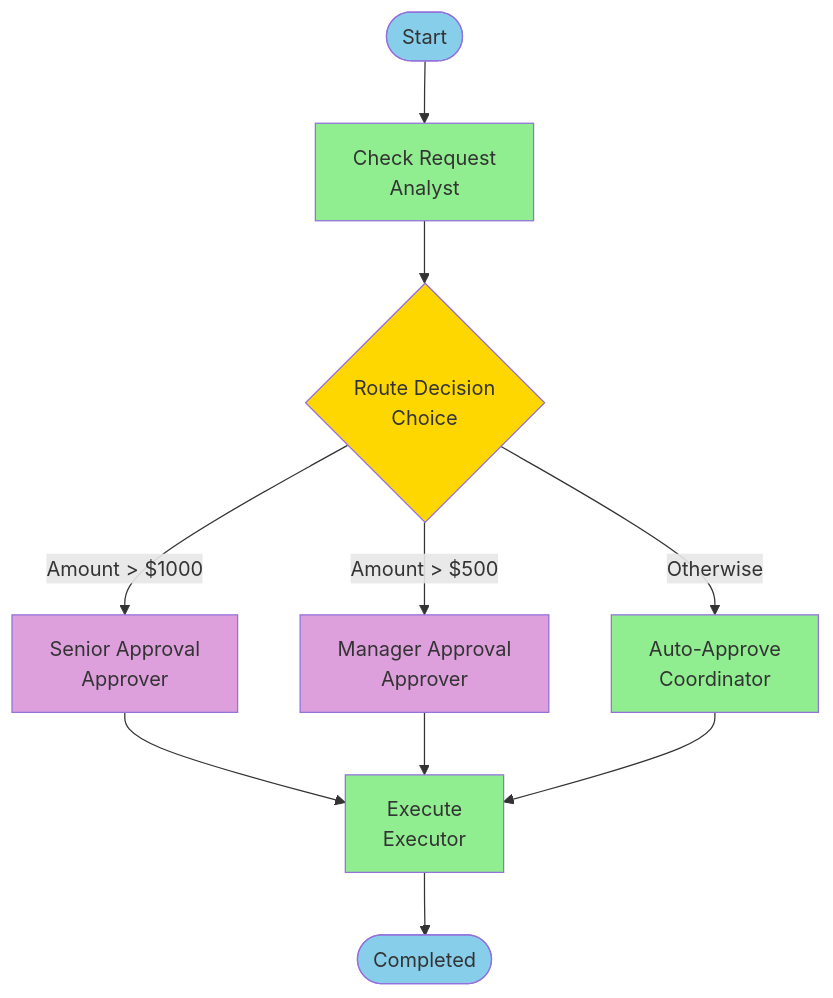
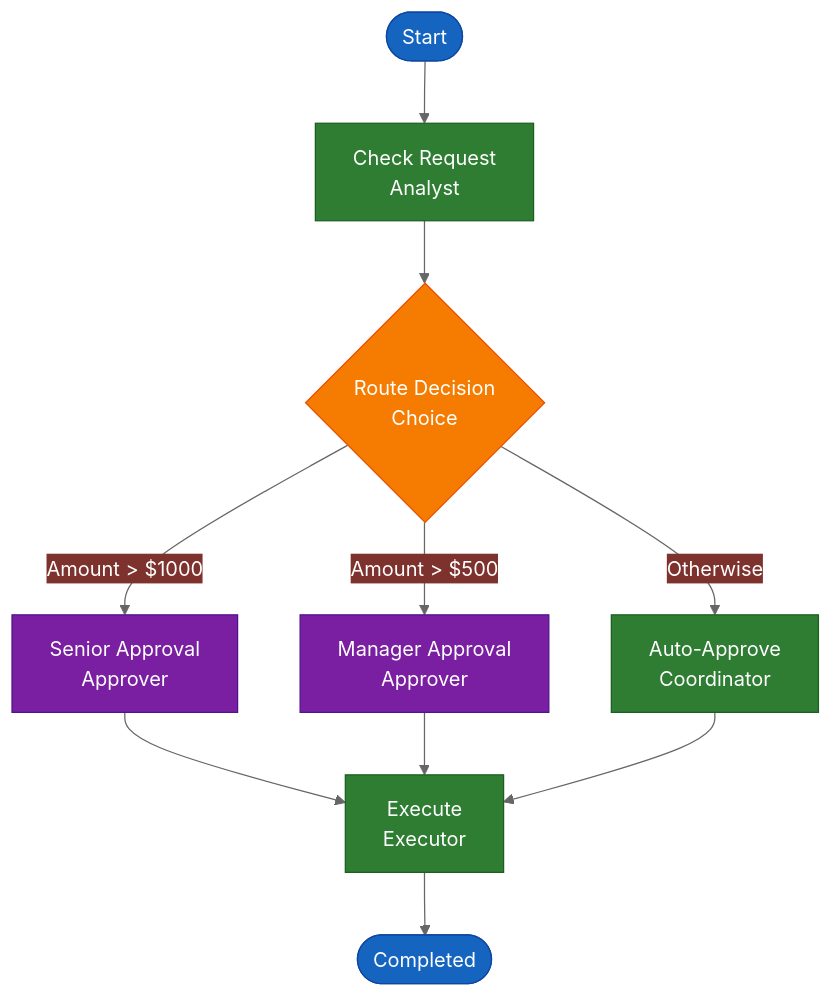
One commit to gcowin/approachable-workflows changed the third of 11 diagrams in docs/reference/visual-patterns.md. Above: the diagram before and after it, drawn with Mermaid. The commit also changed other lines of this file and 1 other file, not shown here.

````diff
--- a/docs/reference/visual-patterns.md
+++ b/docs/reference/visual-patterns.md
@@ -116,21 +118,22 @@
 ```mermaid
+%%{init: {'theme':'base', 'themeVariables': {'primaryColor':'#2E7D32','primaryTextColor':'#fff','lineColor':'#666'}}}%%
 graph TD
     Start([Start]) --> A[Check Request<br/>Analyst]
     A --> B{Route Decision<br/>Choice}
     B -->|Amount > $1000| C[Senior Approval<br/>Approver]
     B -->|Amount > $500| D[Manager Approval<br/>Approver]
     B -->|Otherwise| E[Auto-Approve<br/>Coordinator]
     C --> F[Execute<br/>Executor]
     D --> F
     E --> F
     F --> End([Completed])
     
-    style Start fill:#87CEEB
-    style A fill:#90EE90
-    style B fill:#FFD700
-    style C fill:#DDA0DD
-    style D fill:#DDA0DD
-    style E fill:#90EE90
-    style F fill:#90EE90
-    style End fill:#87CEEB
+    style Start fill:#1565C0,stroke:#0D47A1,color:#fff
+    style A fill:#2E7D32,stroke:#1B5E20,color:#fff
+    style B fill:#F57C00,stroke:#E65100,color:#fff
+    style C fill:#7B1FA2,stroke:#4A148C,color:#fff
+    style D fill:#7B1FA2,stroke:#4A148C,color:#fff
+    style E fill:#2E7D32,stroke:#1B5E20,color:#fff
+    style F fill:#2E7D32,stroke:#1B5E20,color:#fff
+    style End fill:#1565C0,stroke:#0D47A1,color:#fff
 ```
````
